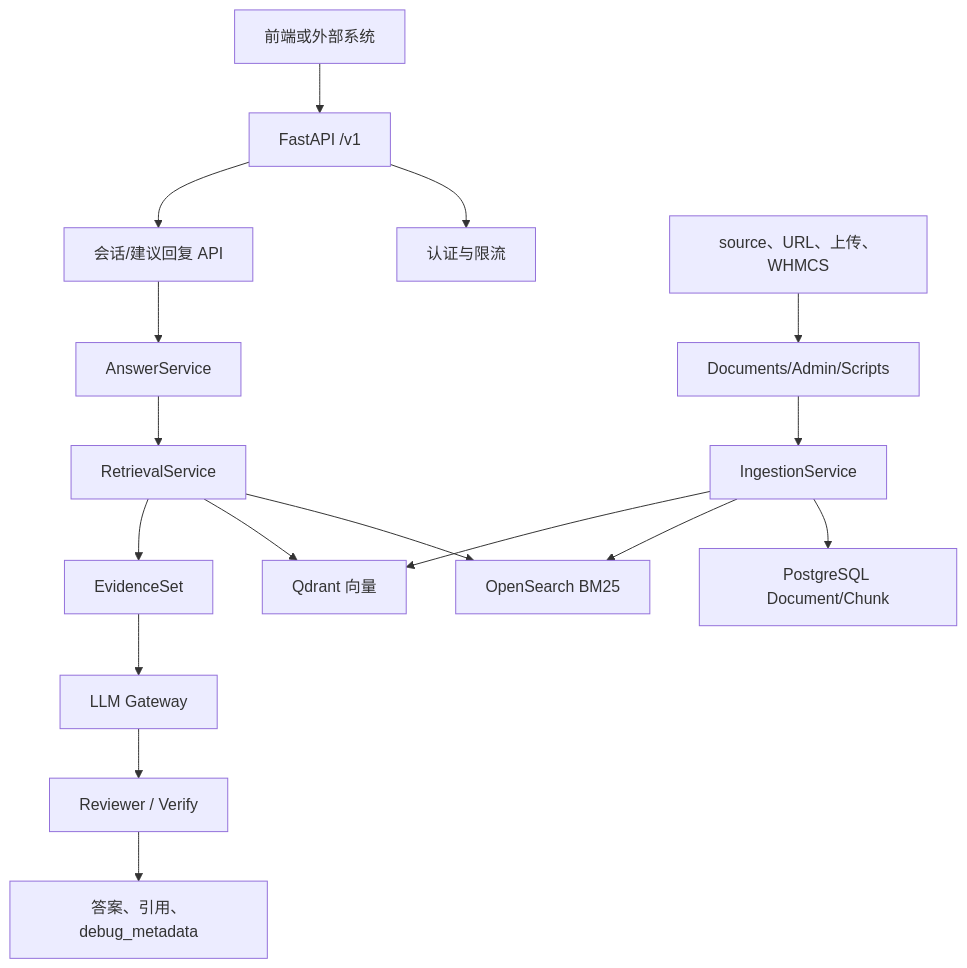
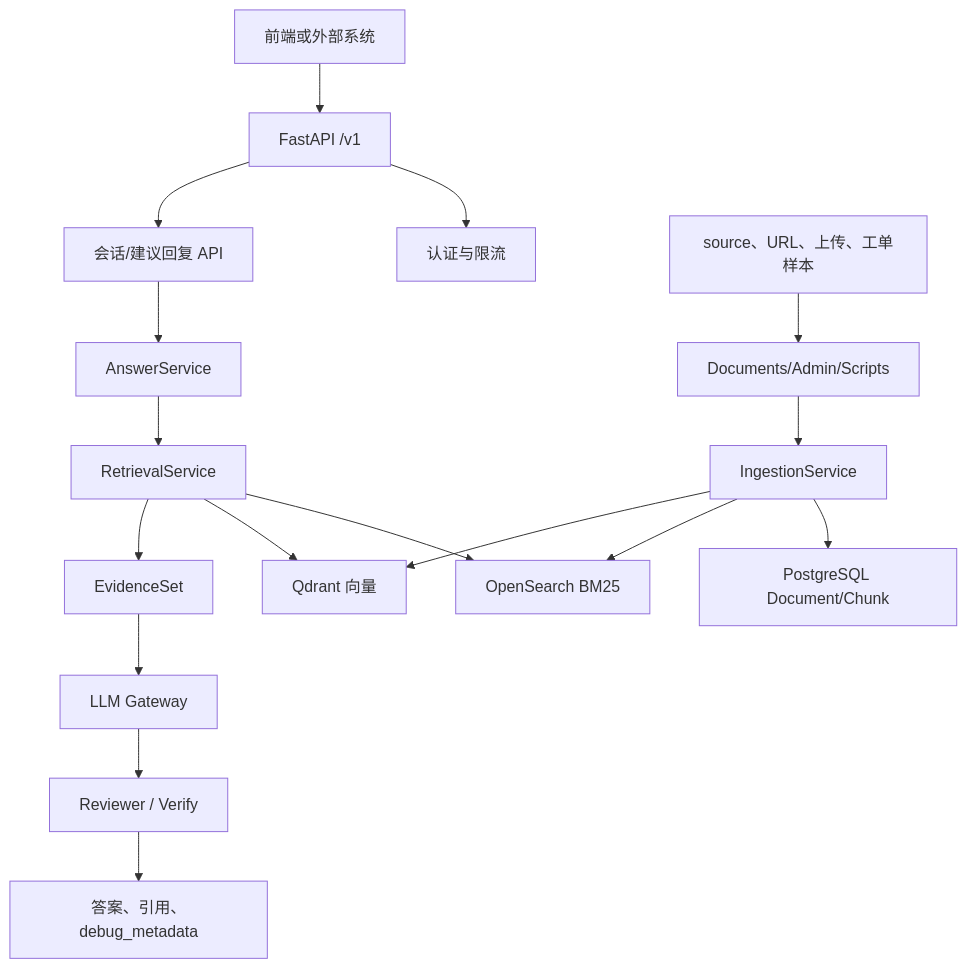
The diagram in .agent-harness/00_PROJECT_MAP.md (rwjxrj/RAG_Agent), drawn with Mermaid before and after one commit. The commit also changed other lines of this file and 17 other files, not shown here.

````diff
--- a/.agent-harness/00_PROJECT_MAP.md
+++ b/.agent-harness/00_PROJECT_MAP.md
@@ -50,20 +50,20 @@
 ```mermaid
 flowchart TD
   A["前端或外部系统"] --> B["FastAPI /v1"]
   B --> C["认证与限流"]
   B --> D["会话/建议回复 API"]
   D --> E["AnswerService"]
   E --> F["RetrievalService"]
   F --> G["OpenSearch BM25"]
   F --> H["Qdrant 向量"]
   F --> I["EvidenceSet"]
   I --> J["LLM Gateway"]
   J --> K["Reviewer / Verify"]
   K --> L["答案、引用、debug_metadata"]
 
-  M["source、URL、上传、WHMCS"] --> N["Documents/Admin/Scripts"]
+  M["source、URL、上传、工单样本"] --> N["Documents/Admin/Scripts"]
   N --> O["IngestionService"]
   O --> P["PostgreSQL Document/Chunk"]
   O --> G
   O --> H
 ```
````
